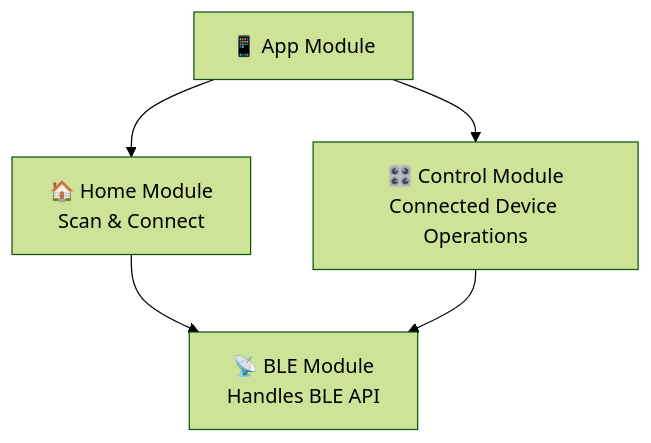
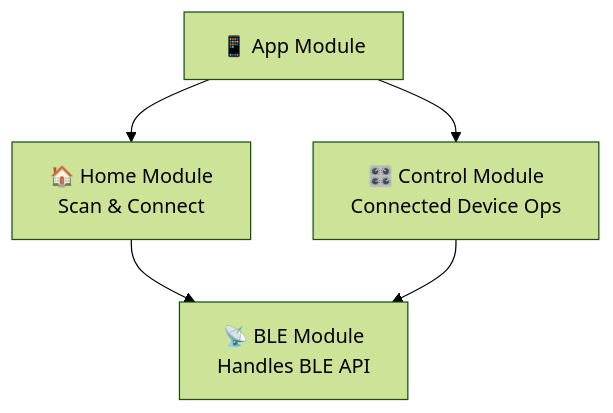
Before and after one commit to lordvampire/BleLinkLandingTracker: the diagram in readme.md, drawn with Mermaid (forest theme).

Commit message:
ble-connect

````diff
--- a/readme.md
+++ b/readme.md
@@ -59,12 +59,12 @@
 ```mermaid
 graph TD;
     app["📱 App Module"]
     home["🏠 Home Module<br>Scan & Connect"]
-    control["🎛️ Control Module<br>Connected Device Operations"]
+    control["🎛️ Control Module<br>Connected Device Ops"]
     ble["📡 BLE Module<br>Handles BLE API"]
 
     app --> home
     app --> control
     home --> ble
     control --> ble
 ```
````
